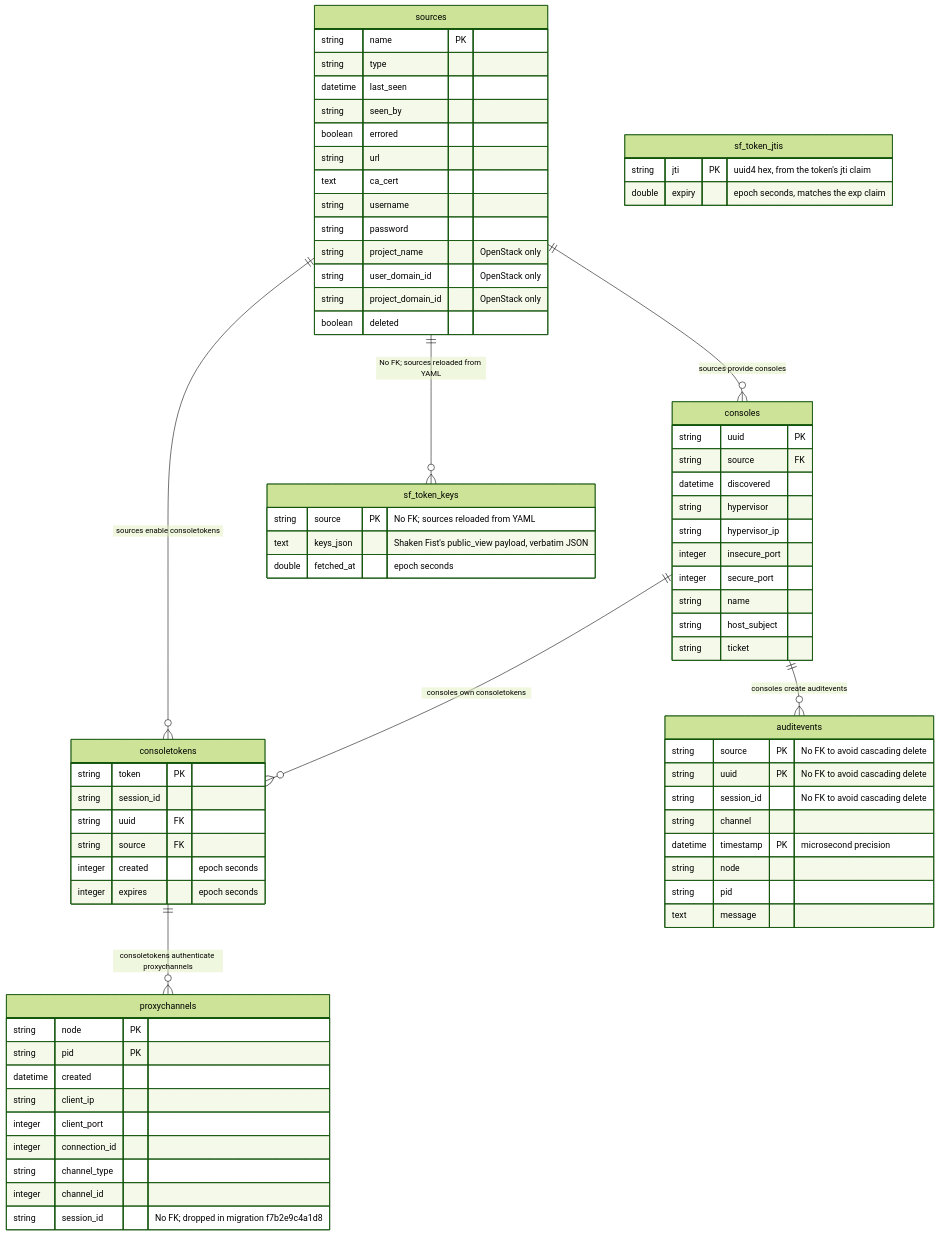
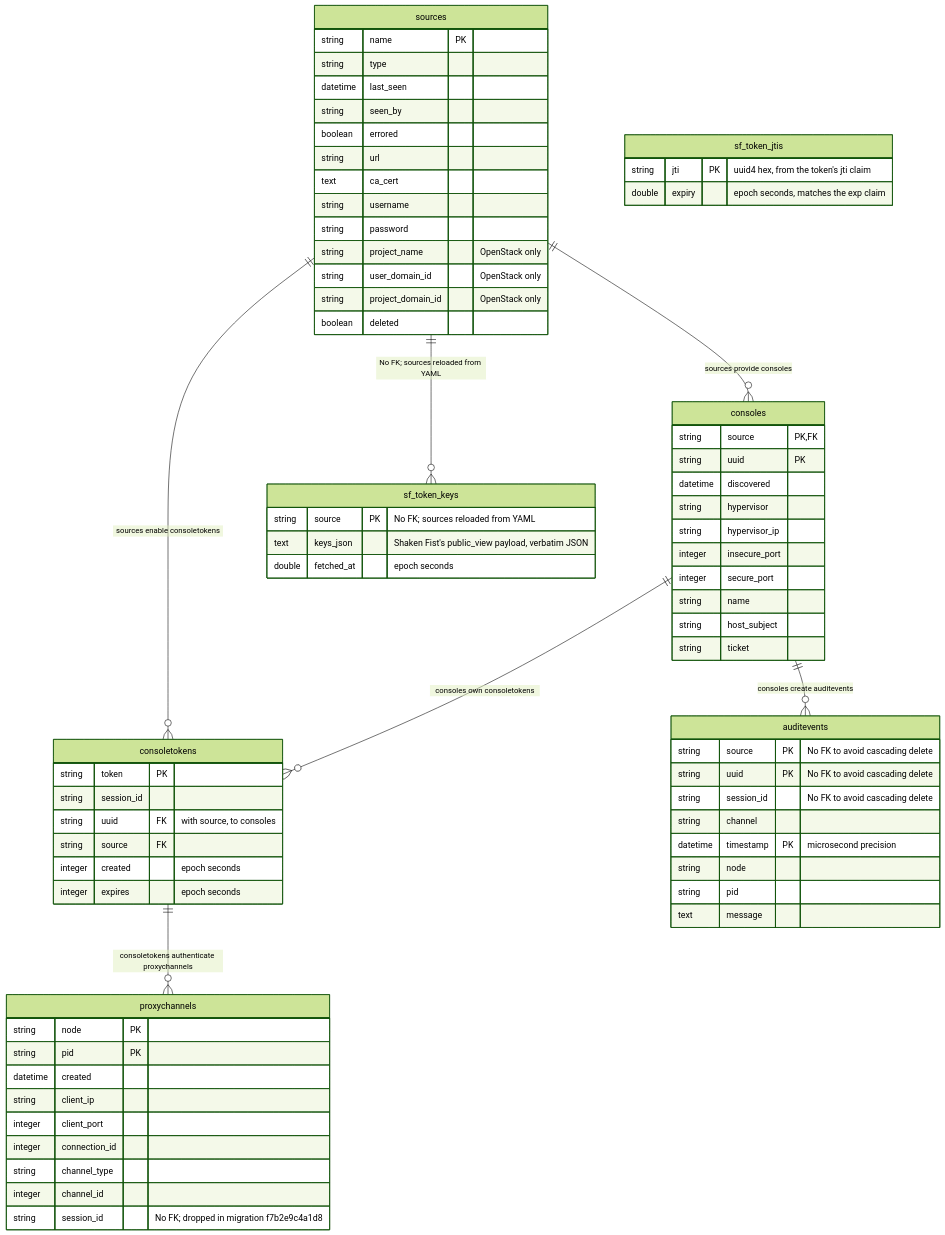
Before and after one commit to shakenfist/shakenfist: the diagram in docs/components/kerbside/schema.md, drawn with Mermaid (forest theme). The commit also changed other lines of this file and 8 other files, not shown here.

````diff
--- a/docs/components/kerbside/schema.md
+++ b/docs/components/kerbside/schema.md
@@ -7,80 +7,80 @@
 ```mermaid
 erDiagram
     sources {
         string name PK
         string type
         datetime last_seen
         string seen_by
         boolean errored
         string url
         text ca_cert
         string username
         string password
         string project_name "OpenStack only"
         string user_domain_id "OpenStack only"
         string project_domain_id "OpenStack only"
         boolean deleted
     }
 
     sources ||--o{ consoles : "sources provide consoles"
     consoles {
+        string source PK, FK
         string uuid PK
-        string source FK
         datetime discovered
         string hypervisor
         string hypervisor_ip
         integer insecure_port
         integer secure_port
         string name
         string host_subject
         string ticket
     }
 
     sources ||--o{ consoletokens: "sources enable consoletokens"
     consoles ||--o{ consoletokens: "consoles own consoletokens"
     consoletokens {
         string token PK
         string session_id
-        string uuid FK
+        string uuid FK "with source, to consoles"
         string source FK
         integer created "epoch seconds"
         integer expires "epoch seconds"
     }
 
     consoletokens ||--o{ proxychannels: "consoletokens authenticate proxychannels"
     proxychannels {
         string node PK
         string pid PK
         datetime created
         string client_ip
         integer client_port
         integer connection_id
         string channel_type
         integer channel_id
         string session_id "No FK; dropped in migration f7b2e9c4a1d8"
     }
 
     consoles ||--o{ auditevents: "consoles create auditevents"
     auditevents {
         string source PK "No FK to avoid cascading delete"
         string uuid PK "No FK to avoid cascading delete"
         string session_id "No FK to avoid cascading delete"
         string channel
         datetime timestamp PK "microsecond precision"
         string node
         string pid
         text message
     }
 
     sf_token_jtis {
         string jti PK "uuid4 hex, from the token's jti claim"
         double expiry "epoch seconds, matches the exp claim"
     }
 
     sources ||--o{ sf_token_keys: "No FK; sources reloaded from YAML"
     sf_token_keys {
         string source PK "No FK; sources reloaded from YAML"
         text keys_json "Shaken Fist's public_view payload, verbatim JSON"
         double fetched_at "epoch seconds"
     }
 ```
````
